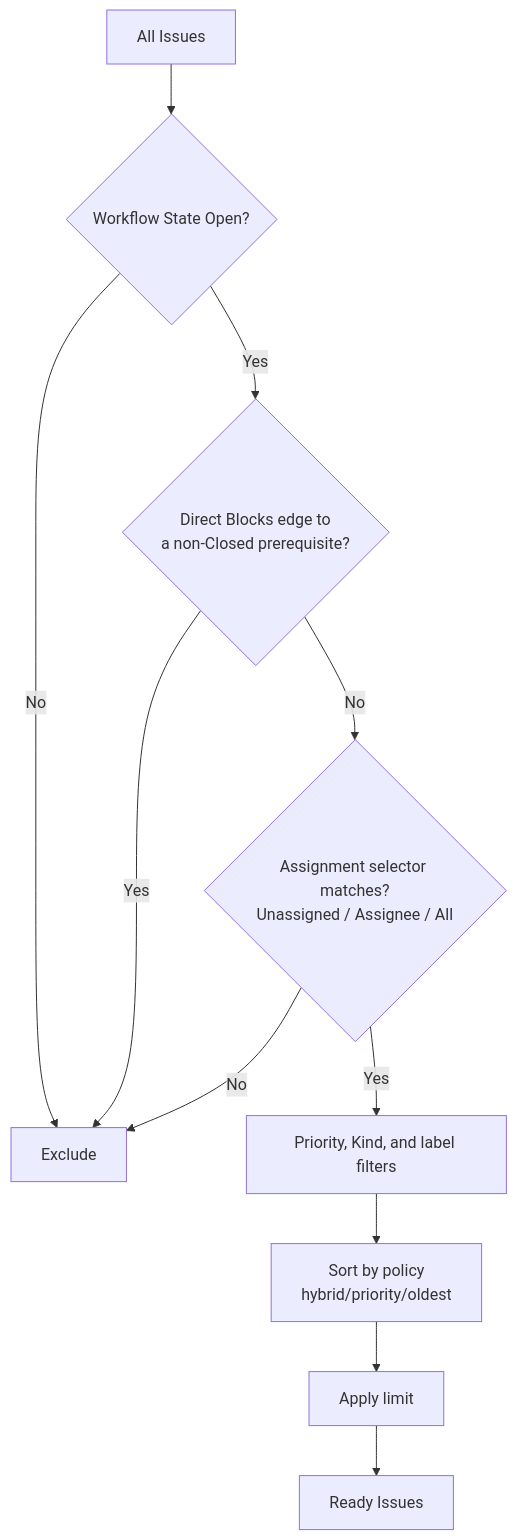
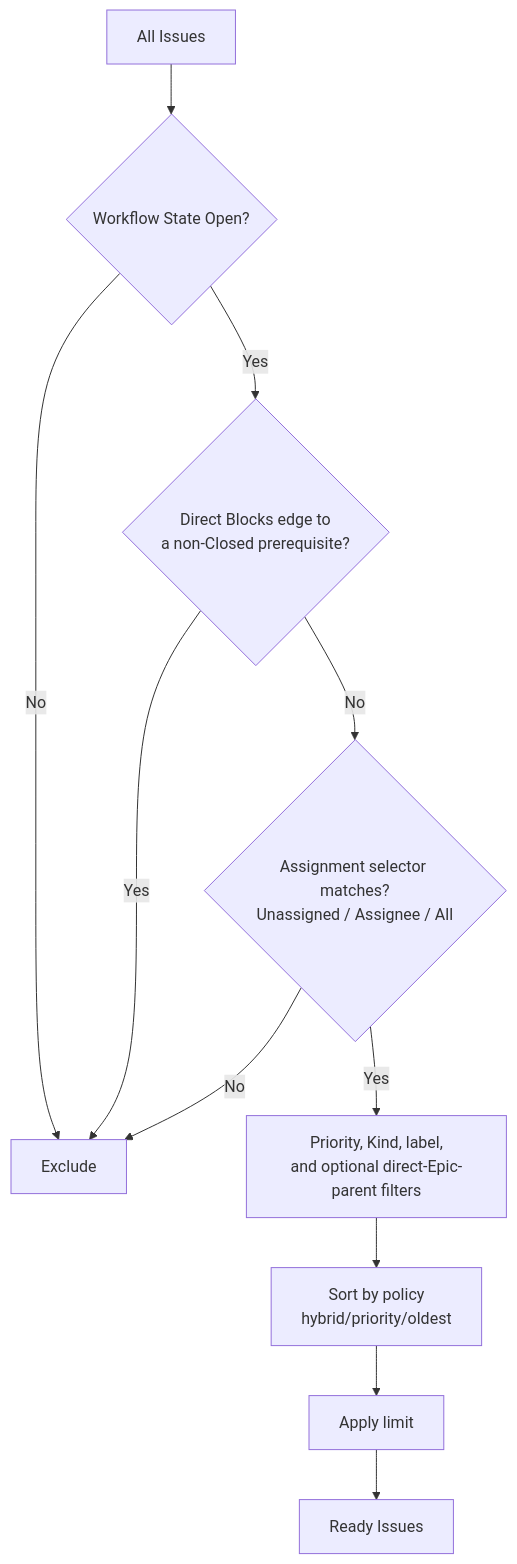
The third of 6 diagrams in docs/architecture.md (dwalleck/rivets), drawn with Mermaid before and after one commit. The commit also changed other lines of this file and 8 other files, not shown here.

````diff
--- a/docs/architecture.md
+++ b/docs/architecture.md
@@ -210,13 +210,13 @@
 ```mermaid
 graph TD
     Start[All Issues] --> Open{Workflow State Open?}
     Open -->|No| Exclude[Exclude]
     Open -->|Yes| Blocked{Direct Blocks edge to<br/>a non-Closed prerequisite?}
     Blocked -->|Yes| Exclude
     Blocked -->|No| Assignment{Assignment selector matches?<br/>Unassigned / Assignee / All}
     Assignment -->|No| Exclude
-    Assignment -->|Yes| Filter[Priority, Kind, and label filters]
+    Assignment -->|Yes| Filter[Priority, Kind, label,<br/>and optional direct-Epic-parent filters]
     Filter --> Sort[Sort by policy<br/>hybrid/priority/oldest]
     Sort --> Limit[Apply limit]
     Limit --> Result[Ready Issues]
 ```
````
